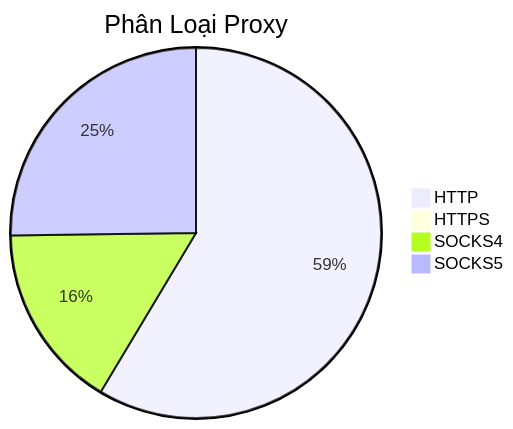
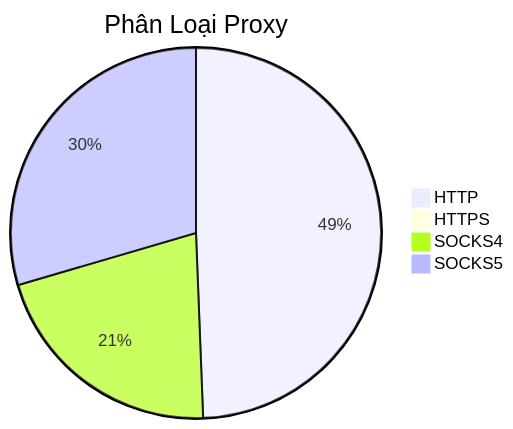
The diagram in README.md (Ciara-12/PROXY-free), drawn with Mermaid before and after one commit. The commit also changed other lines of this file and 4 other files, not shown here.

````diff
--- a/README.md
+++ b/README.md
@@ -26,7 +26,7 @@
 ```mermaid
 pie title Phân Loại Proxy
-    "HTTP" : 876
-    "HTTPS" : 0
-    "SOCKS4" : 242
-    "SOCKS5" : 377
+    "HTTP" : 602
+    "HTTPS" : 1
+    "SOCKS4" : 257
+    "SOCKS5" : 360
 ```
````
